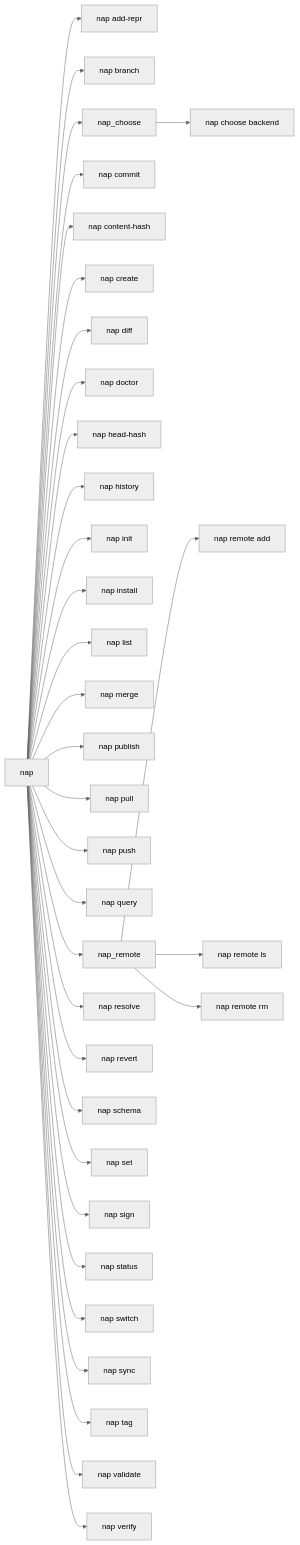
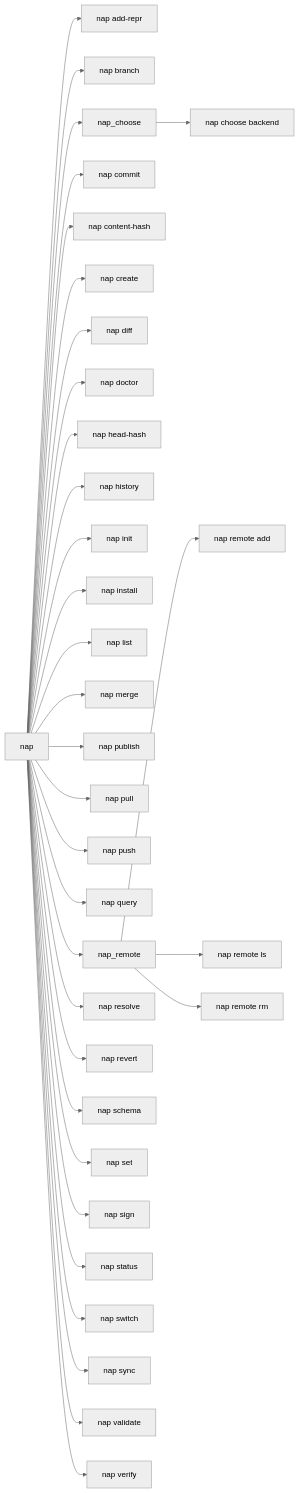
Before and after one commit to portalshq/narrativeengine: the diagram in docs/generated/commands.mermaid, drawn with Mermaid (neutral theme). The commit also changed 78 other files, not shown here.

```diff
--- a/docs/generated/commands.mermaid
+++ b/docs/generated/commands.mermaid
@@ -1,35 +1,34 @@
 graph LR
     nap["nap"] --> nap_add-repr["nap add-repr"]
     nap["nap"] --> nap_branch["nap branch"]
     nap["nap"] --> nap_choose["nap choose"]
     nap_choose["nap_choose"] --> nap_choose_backend["nap choose backend"]
     nap["nap"] --> nap_commit["nap commit"]
     nap["nap"] --> nap_content-hash["nap content-hash"]
     nap["nap"] --> nap_create["nap create"]
     nap["nap"] --> nap_diff["nap diff"]
     nap["nap"] --> nap_doctor["nap doctor"]
     nap["nap"] --> nap_head-hash["nap head-hash"]
     nap["nap"] --> nap_history["nap history"]
     nap["nap"] --> nap_init["nap init"]
     nap["nap"] --> nap_install["nap install"]
     nap["nap"] --> nap_list["nap list"]
     nap["nap"] --> nap_merge["nap merge"]
     nap["nap"] --> nap_publish["nap publish"]
     nap["nap"] --> nap_pull["nap pull"]
     nap["nap"] --> nap_push["nap push"]
     nap["nap"] --> nap_query["nap query"]
     nap["nap"] --> nap_remote["nap remote"]
     nap_remote["nap_remote"] --> nap_remote_add["nap remote add"]
     nap_remote["nap_remote"] --> nap_remote_ls["nap remote ls"]
     nap_remote["nap_remote"] --> nap_remote_rm["nap remote rm"]
     nap["nap"] --> nap_resolve["nap resolve"]
     nap["nap"] --> nap_revert["nap revert"]
     nap["nap"] --> nap_schema["nap schema"]
     nap["nap"] --> nap_set["nap set"]
     nap["nap"] --> nap_sign["nap sign"]
     nap["nap"] --> nap_status["nap status"]
     nap["nap"] --> nap_switch["nap switch"]
     nap["nap"] --> nap_sync["nap sync"]
-    nap["nap"] --> nap_tag["nap tag"]
     nap["nap"] --> nap_validate["nap validate"]
     nap["nap"] --> nap_verify["nap verify"]
```
